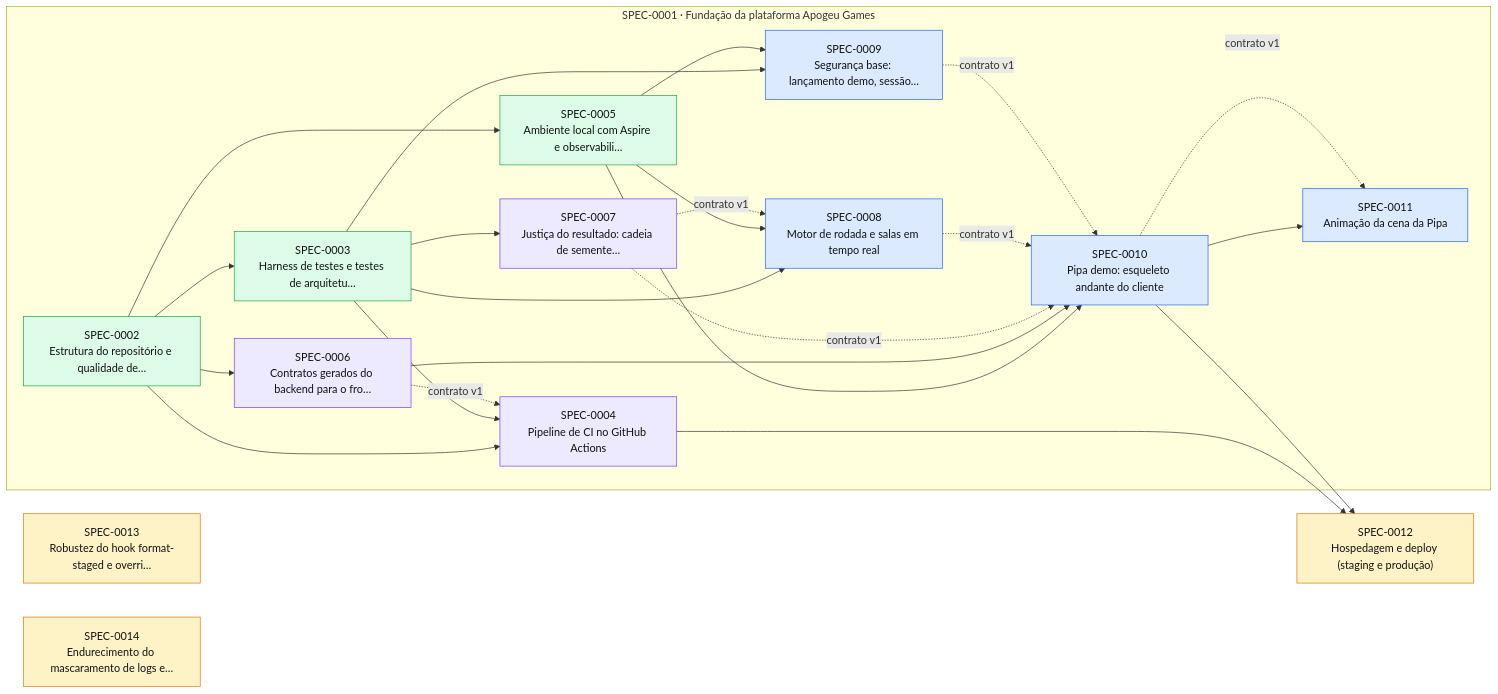
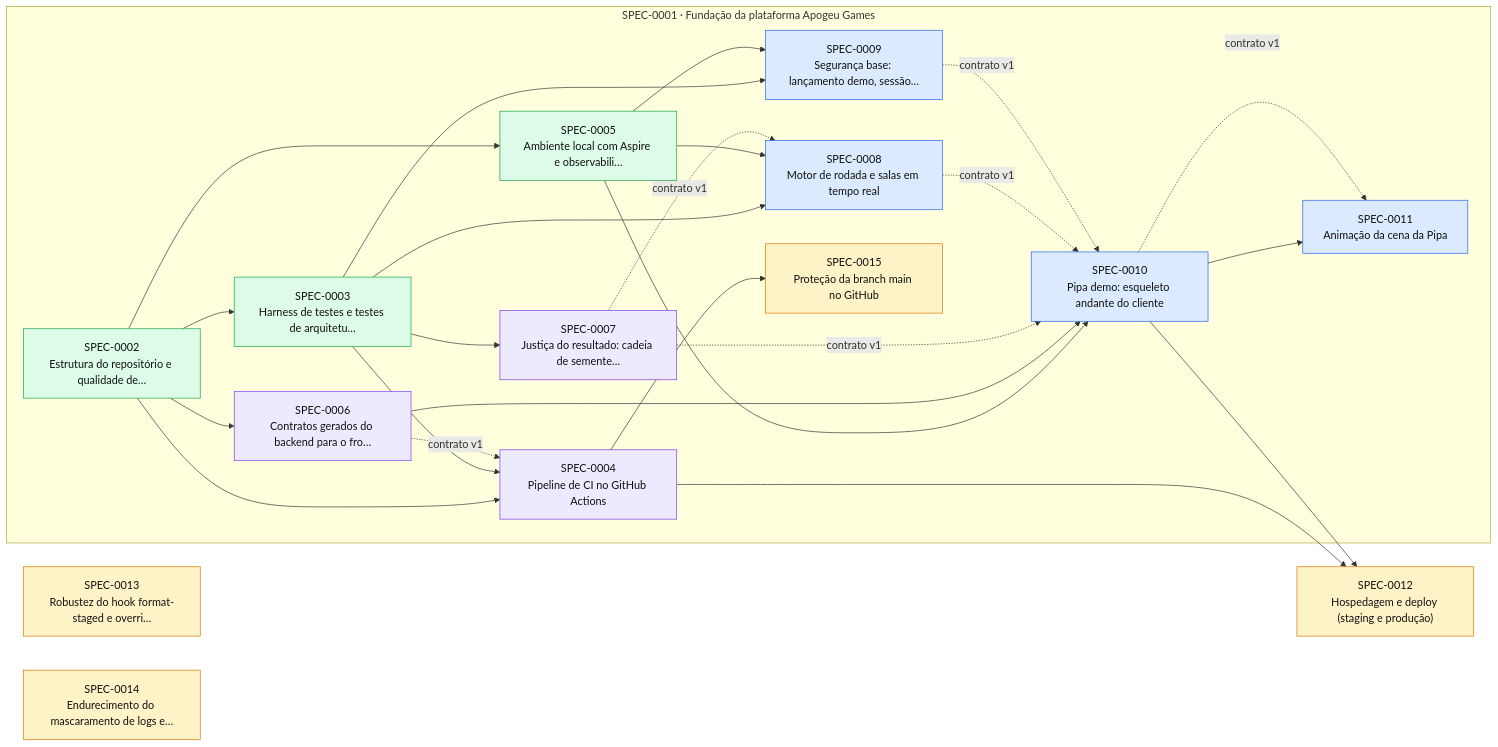
Before and after one commit to thomasravache/crash-games-provider: the diagram in docs/specs/INDEX.md, drawn with Mermaid. The commit also changed other lines of this file and 2 other files, not shown here.

First line of the commit message:
docs(sdd): emenda v2 da SPEC-0004 e SPEC-0015 para a proteção da main

````diff
--- a/docs/specs/INDEX.md
+++ b/docs/specs/INDEX.md
@@ -69,44 +70,46 @@
 ```mermaid
 flowchart LR
   S0012["SPEC-0012<br/>Hospedagem e deploy (staging e produção)"]:::proposed
   S0013["SPEC-0013<br/>Robustez do hook format-staged e overri…"]:::proposed
   S0014["SPEC-0014<br/>Endurecimento do mascaramento de logs e…"]:::proposed
   subgraph E0001["SPEC-0001 · Fundação da plataforma Apogeu Games"]
     S0002["SPEC-0002<br/>Estrutura do repositório e qualidade de…"]:::implemented
     S0003["SPEC-0003<br/>Harness de testes e testes de arquitetu…"]:::implemented
     S0004["SPEC-0004<br/>Pipeline de CI no GitHub Actions"]:::inprogress
     S0005["SPEC-0005<br/>Ambiente local com Aspire e observabili…"]:::implemented
     S0006["SPEC-0006<br/>Contratos gerados do backend para o fro…"]:::inprogress
     S0007["SPEC-0007<br/>Justiça do resultado: cadeia de semente…"]:::inprogress
     S0008["SPEC-0008<br/>Motor de rodada e salas em tempo real"]:::approved
     S0009["SPEC-0009<br/>Segurança base: lançamento demo, sessão…"]:::approved
     S0010["SPEC-0010<br/>Pipa demo: esqueleto andante do cliente"]:::approved
     S0011["SPEC-0011<br/>Animação da cena da Pipa"]:::approved
+    S0015["SPEC-0015<br/>Proteção da branch main no GitHub"]:::proposed
   end
   S0002 --> S0003
   S0002 --> S0004
   S0003 --> S0004
   S0006 -. contrato v1 .-> S0004
   S0002 --> S0005
   S0002 --> S0006
   S0003 --> S0007
   S0003 --> S0008
   S0005 --> S0008
   S0007 -. contrato v1 .-> S0008
   S0003 --> S0009
   S0005 --> S0009
   S0005 --> S0010
   S0006 --> S0010
   S0007 -. contrato v1 .-> S0010
   S0008 -. contrato v1 .-> S0010
   S0009 -. contrato v1 .-> S0010
   S0010 --> S0011
   S0010 -. contrato v1 .-> S0011
   S0004 --> S0012
   S0010 --> S0012
+  S0004 --> S0015
   classDef proposed fill:#fef3c7,stroke:#d97706,color:#111
   classDef approved fill:#dbeafe,stroke:#2563eb,color:#111
   classDef inprogress fill:#ede9fe,stroke:#7c3aed,color:#111
   classDef implemented fill:#dcfce7,stroke:#16a34a,color:#111
   classDef deprecated fill:#f3f4f6,stroke:#9ca3af,color:#6b7280
 ```
````
